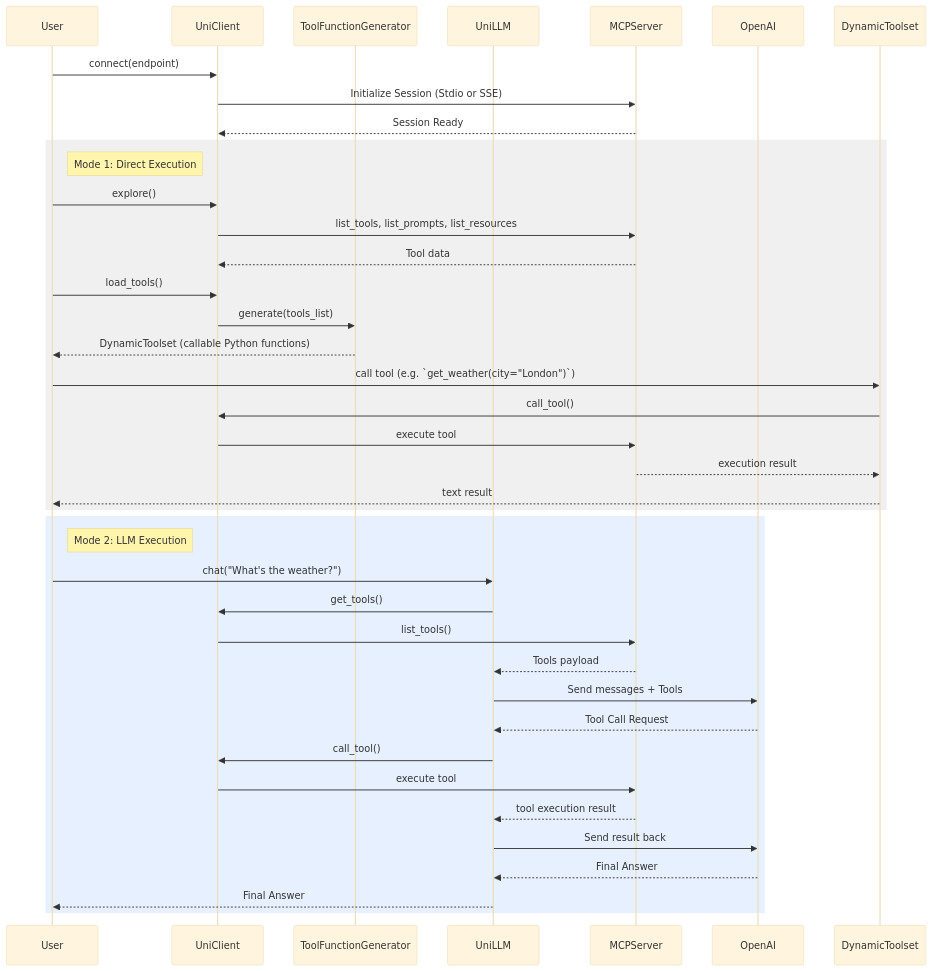
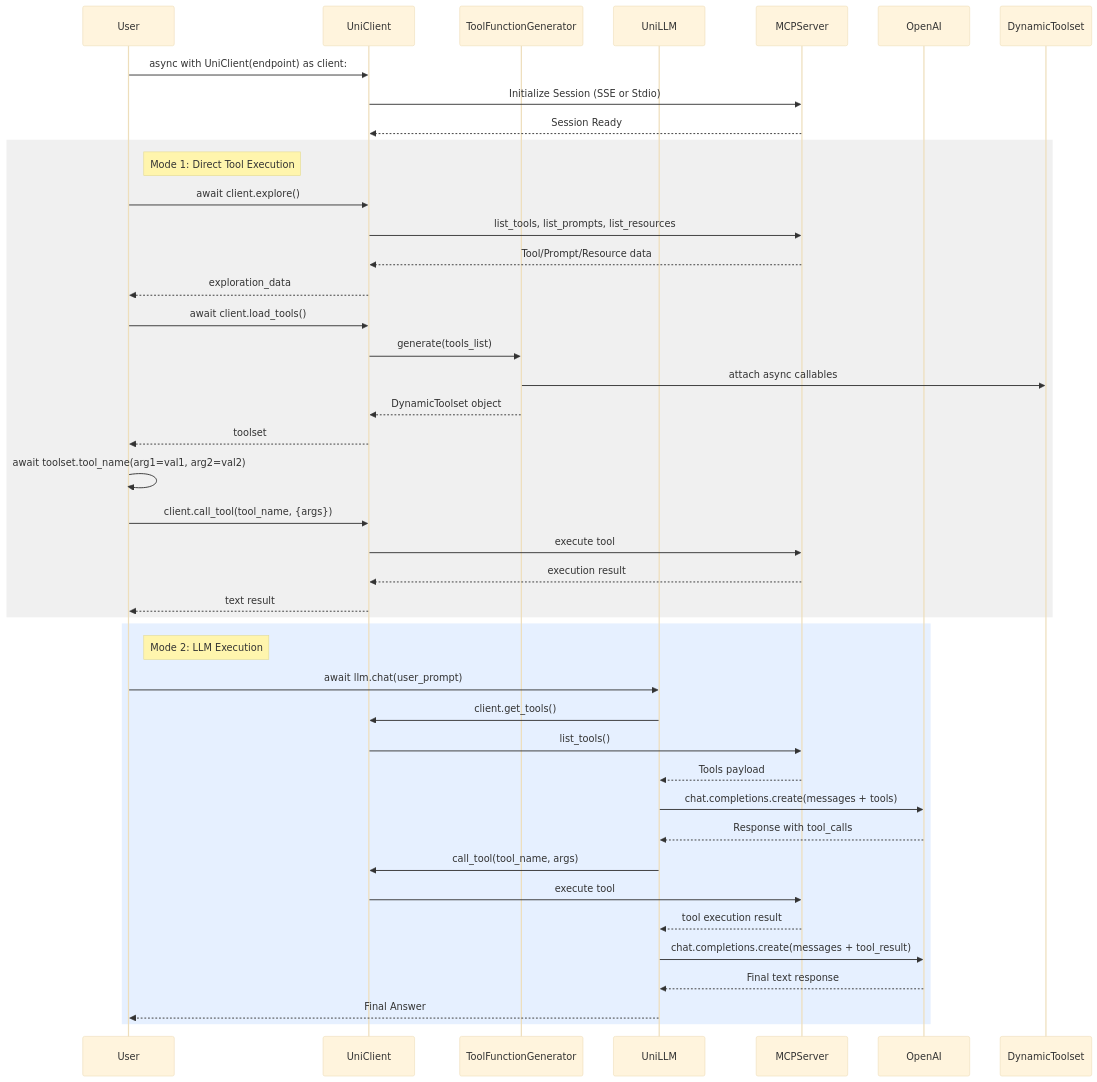
Before and after one commit to barada02/UniMCP: the second of 2 diagrams in CURRENT_ARCHITECTURE.md, drawn with Mermaid (base theme). The commit also changed other lines of this file and 1 other file, not shown here.

````diff
--- a/CURRENT_ARCHITECTURE.md
+++ b/CURRENT_ARCHITECTURE.md
@@ -55,45 +78,49 @@
 ```mermaid
 sequenceDiagram
     participant User
     participant UniClient
     participant ToolFunctionGenerator
     participant UniLLM
     participant MCPServer
     participant OpenAI
 
-    User->>UniClient: connect(endpoint)
-    UniClient->>MCPServer: Initialize Session (Stdio or SSE)
+    User->>UniClient: async with UniClient(endpoint) as client:
+    UniClient->>MCPServer: Initialize Session (SSE or Stdio)
     MCPServer-->>UniClient: Session Ready
     
     rect rgb(240, 240, 240)
-        Note right of User: Mode 1: Direct Execution
-        User->>UniClient: explore()
+        Note right of User: Mode 1: Direct Tool Execution
+        User->>UniClient: await client.explore()
         UniClient->>MCPServer: list_tools, list_prompts, list_resources
-        MCPServer-->>UniClient: Tool data
+        MCPServer-->>UniClient: Tool/Prompt/Resource data
+        UniClient-->>User: exploration_data
         
-        User->>UniClient: load_tools()
+        User->>UniClient: await client.load_tools()
         UniClient->>ToolFunctionGenerator: generate(tools_list)
-        ToolFunctionGenerator-->>User: DynamicToolset (callable Python functions)
-        User->>DynamicToolset: call tool (e.g. `get_weather(city="London")`)
-        DynamicToolset->>UniClient: call_tool()
+        ToolFunctionGenerator->>DynamicToolset: attach async callables
+        ToolFunctionGenerator-->>UniClient: DynamicToolset object
+        UniClient-->>User: toolset
+        
+        User->>User: await toolset.tool_name(arg1=val1, arg2=val2)
+        User->>UniClient: client.call_tool(tool_name, {args})
         UniClient->>MCPServer: execute tool
-        MCPServer-->>DynamicToolset: execution result
-        DynamicToolset-->>User: text result
+        MCPServer-->>UniClient: execution result
+        UniClient-->>User: text result
     end
 
     rect rgb(230, 240, 255)
         Note right of User: Mode 2: LLM Execution
-        User->>UniLLM: chat("What's the weather?")
-        UniLLM->>UniClient: get_tools()
+        User->>UniLLM: await llm.chat(user_prompt)
+        UniLLM->>UniClient: client.get_tools()
         UniClient->>MCPServer: list_tools()
         MCPServer-->>UniLLM: Tools payload
-        UniLLM->>OpenAI: Send messages + Tools
-        OpenAI-->>UniLLM: Tool Call Request
-        UniLLM->>UniClient: call_tool()
+        UniLLM->>OpenAI: chat.completions.create(messages + tools)
+        OpenAI-->>UniLLM: Response with tool_calls
+        UniLLM->>UniClient: call_tool(tool_name, args)
         UniClient->>MCPServer: execute tool
         MCPServer-->>UniLLM: tool execution result
-        UniLLM->>OpenAI: Send result back
-        OpenAI-->>UniLLM: Final Answer
+        UniLLM->>OpenAI: chat.completions.create(messages + tool_result)
+        OpenAI-->>UniLLM: Final text response
         UniLLM-->>User: Final Answer
     end
 ```
````
